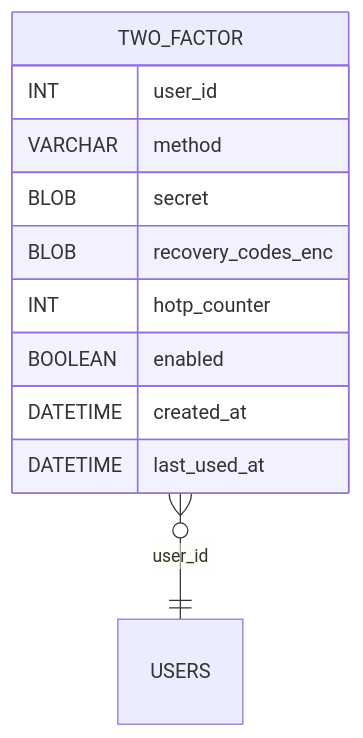
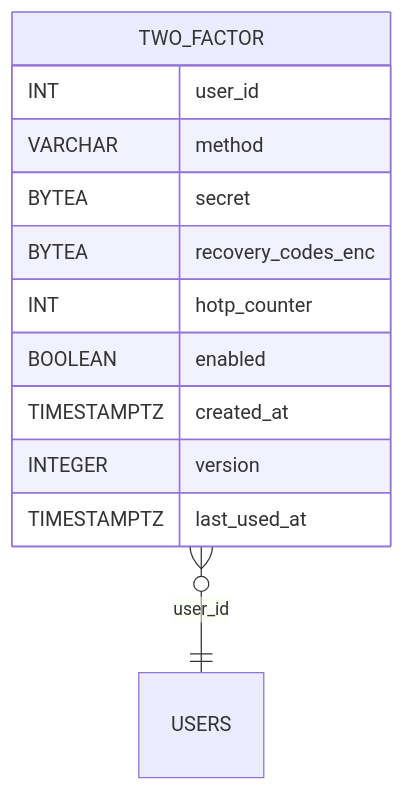
One commit to blackcatdatabase/table-two-factor changed the diagram in README.md. Above: the diagram before and after it, drawn with Mermaid. The commit also changed other lines of this file and 26 other files, not shown here.

First line of the commit message:
Regen schema (#1)

````diff
--- a/README.md
+++ b/README.md
@@ -54,14 +55,15 @@
 ```mermaid
 erDiagram
   TWO_FACTOR {
     INT user_id
     VARCHAR method
-    BLOB secret
-    BLOB recovery_codes_enc
+    BYTEA secret
+    BYTEA recovery_codes_enc
     INT hotp_counter
     BOOLEAN enabled
-    DATETIME created_at
-    DATETIME last_used_at
+    TIMESTAMPTZ created_at
+    INTEGER version
+    TIMESTAMPTZ last_used_at
   }
   TWO_FACTOR }o--|| USERS : "user_id"
 ```
````
